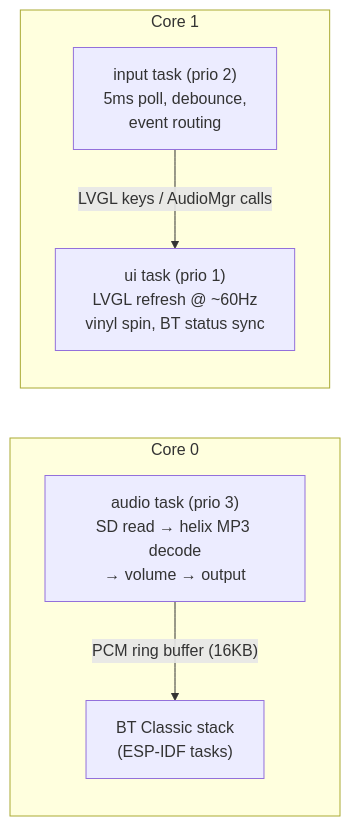
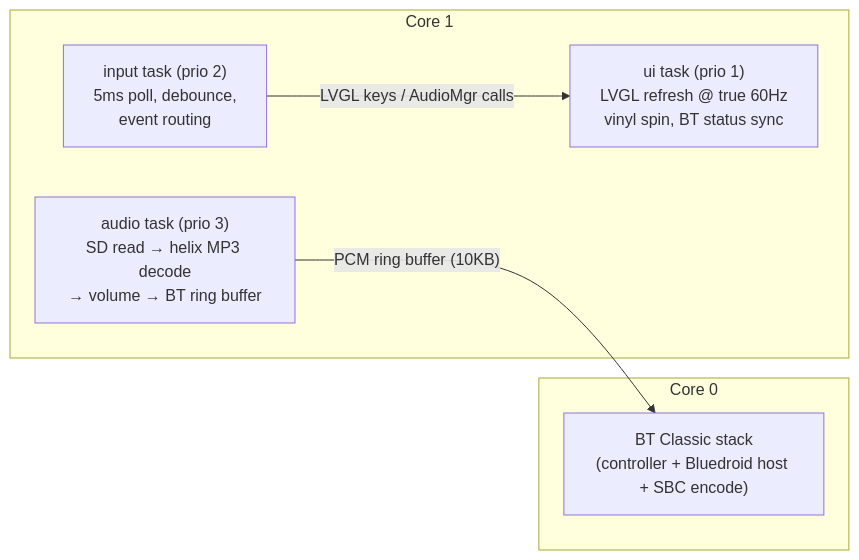
One commit to PotatoPeaSea/Pseudo-Vinyl-MP3-Player changed the diagram in README.md. Above: the diagram before and after it, drawn with Mermaid. The commit also changed other lines of this file and 65 other files, not shown here.

First line of the commit message:
Retarget firmware to ESP32-WROVER N4R8, add PCB v2 and Spotify Sync tool (#1)

````diff
--- a/README.md
+++ b/README.md
@@ -106,13 +121,13 @@
 ```mermaid
 graph LR
     subgraph Core 0
-        BT["BT Classic stack<br/>(ESP-IDF tasks)"]
-        AUDIO["audio task (prio 3)<br/>SD read → helix MP3 decode<br/>→ volume → output"]
+        BT["BT Classic stack<br/>(controller + Bluedroid host + SBC encode)"]
     end
     subgraph Core 1
-        UI["ui task (prio 1)<br/>LVGL refresh @ ~60Hz<br/>vinyl spin, BT status sync"]
+        AUDIO["audio task (prio 3)<br/>SD read → helix MP3 decode<br/>→ volume → BT ring buffer"]
         INPUT["input task (prio 2)<br/>5ms poll, debounce,<br/>event routing"]
+        UI["ui task (prio 1)<br/>LVGL refresh @ true 60Hz<br/>vinyl spin, BT status sync"]
     end
-    AUDIO -- "PCM ring buffer (16KB)" --> BT
+    AUDIO -- "PCM ring buffer (10KB)" --> BT
     INPUT -- "LVGL keys / AudioMgr calls" --> UI
 ```
````
